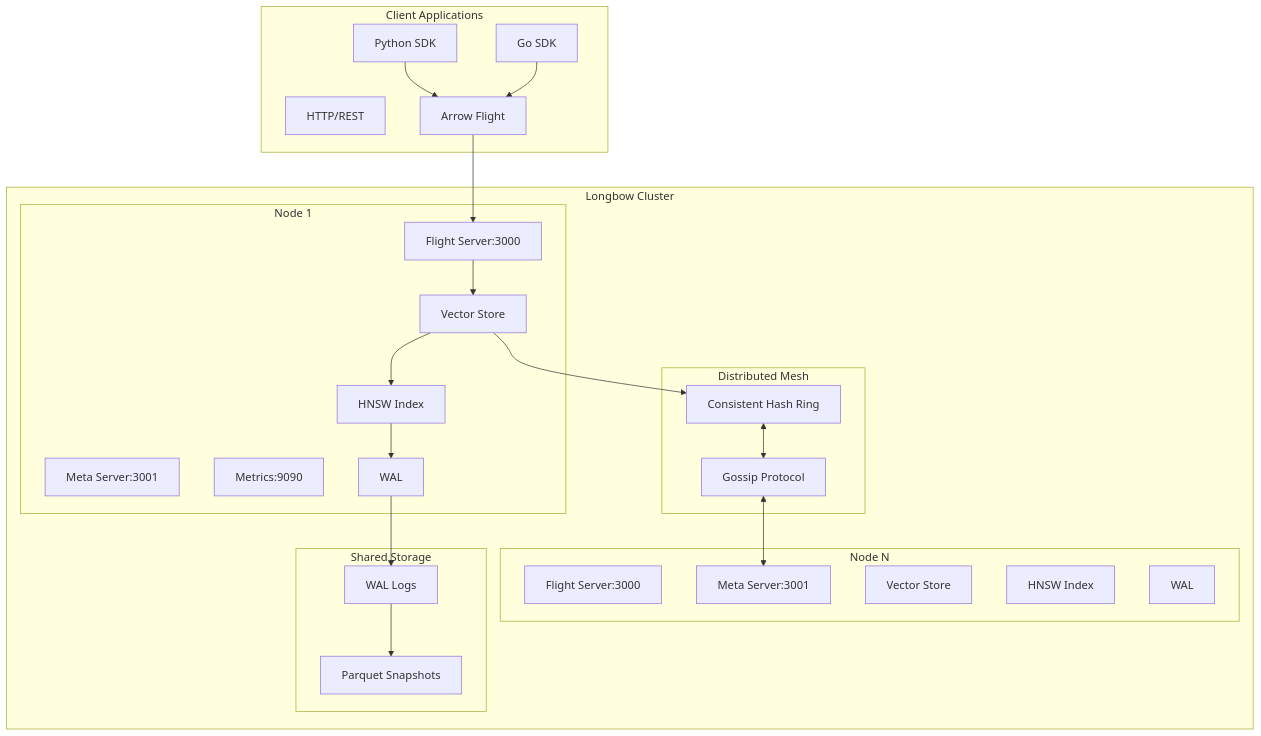
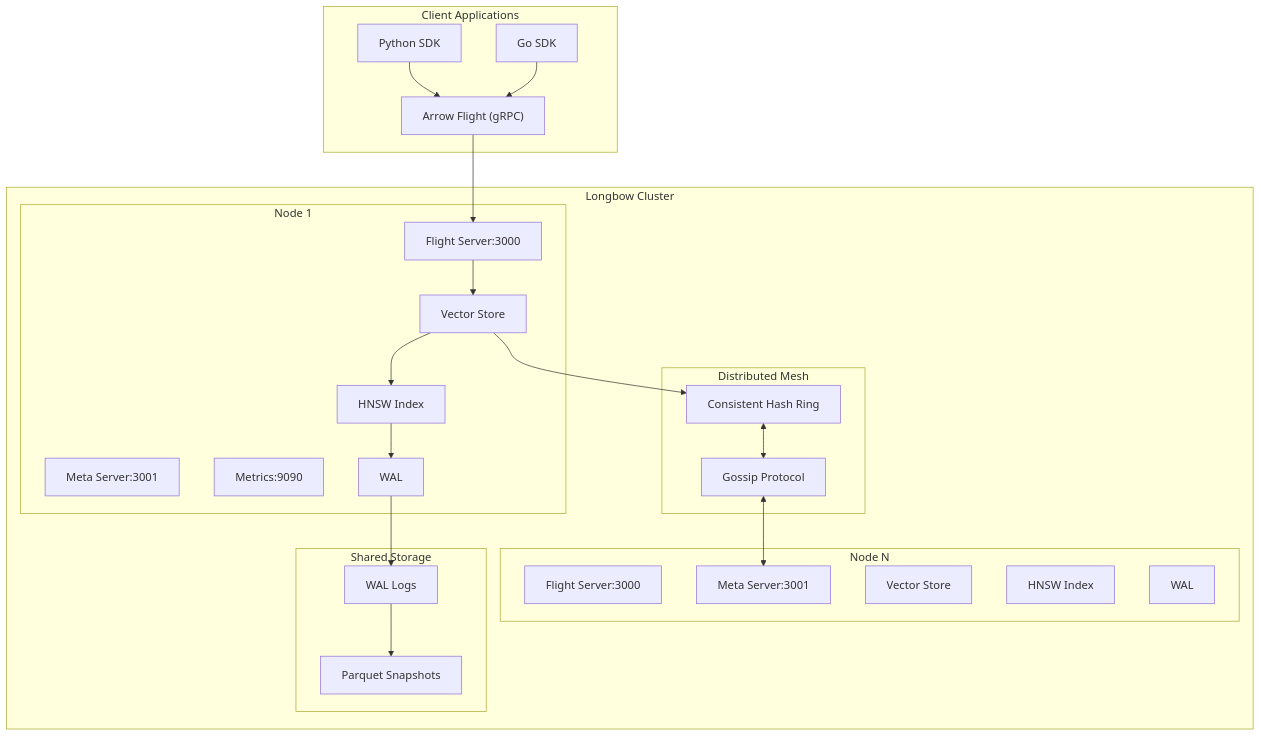
Before and after one commit to 23skdu/longbow: the first of 8 diagrams in docs/architecture.md, drawn with Mermaid. The commit also changed 2 other files, not shown here.

Commit message:
Refactor: Remove REST API, consolidate docs to gRPC+Arrow Flight only
- Remove docs/openapi.yaml (not needed)
- Remove docs/admin_api.md (merged into api.md)
- Update docs/api.md: Remove REST section, add Admin API
- Update docs/architecture.md: Remove HTTP/REST from diagram
- Update docs/nextsteps.md: Remove completed items, sort remaining tasks

Protocol now: gRPC ports 3000/3001, Prometheus 9090

````diff
--- a/docs/architecture.md
+++ b/docs/architecture.md
@@ -9,50 +9,49 @@
 ```mermaid
 graph TB
     subgraph Client["Client Applications"]
         Python["Python SDK"]
         Go["Go SDK"]
-        HTTP["HTTP/REST"]
-        Flight["Arrow Flight"]
+        Flight["Arrow Flight (gRPC)"]
     end
 
     subgraph Longbow["Longbow Cluster"]
         subgraph Node1["Node 1"]
             FlightSrv["Flight Server:3000"]
             MetaSrv["Meta Server:3001"]
             Metrics["Metrics:9090"]
             VectorStore1["Vector Store"]
             HNSW1["HNSW Index"]
             WAL1["WAL"]
         end
 
         subgraph NodeN["Node N"]
             FlightSrvN["Flight Server:3000"]
             MetaSrvN["Meta Server:3001"]
             VectorStoreN["Vector Store"]
             HNSW_N["HNSW Index"]
             WALN["WAL"]
         end
 
         subgraph Mesh["Distributed Mesh"]
             Gossip["Gossip Protocol"]
             Ring["Consistent Hash Ring"]
         end
 
         subgraph Storage["Shared Storage"]
             Snapshots["Parquet Snapshots"]
             WALLog["WAL Logs"]
         end
     end
 
     Python --> Flight
     Go --> Flight
     Flight --> FlightSrv
     FlightSrv --> VectorStore1
     VectorStore1 --> HNSW1
     HNSW1 --> WAL1
     VectorStore1 --> Ring
     Ring <--> Gossip
     Gossip <--> MetaSrvN
     WAL1 --> WALLog
     WALLog --> Snapshots
 ```
````
